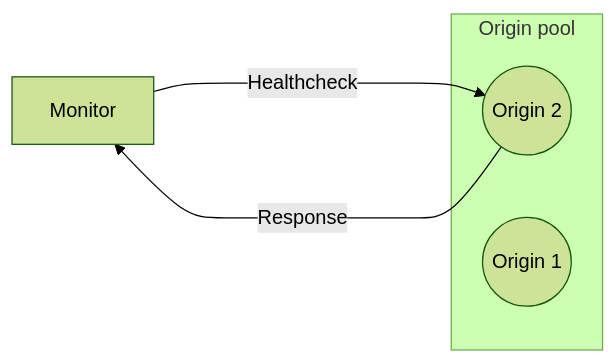
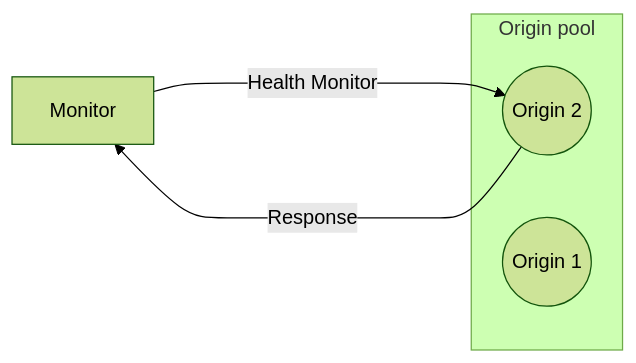
The diagram in content/load-balancing/_partials/_health-check-diagram.md (rdhanarot/cloudflare-docs), drawn with Mermaid (forest theme) before and after one commit. The commit also changed 27 other files, not shown here.

First line of the commit message:
[Load Balancing] Health Check > Health Monitor/Requests (#8984)

````diff
--- a/content/load-balancing/_partials/_health-check-diagram.md
+++ b/content/load-balancing/_partials/_health-check-diagram.md
@@ -8,11 +8,11 @@
 ```mermaid
     flowchart LR
       accTitle: Load balancing monitor flow
-      accDescr: Monitors issue health checks, which validate the current status of servers within each origin pool.
-      Monitor -- Healthcheck ----> Origin2
+      accDescr: Monitors issue health monitor requests, which validate the current status of servers within each origin pool.
+      Monitor -- Health Monitor ----> Origin2
       Origin2 -- Response ----> Monitor
       subgraph Origin pool
       Origin1((Origin 1))
       Origin2((Origin 2))
       end
 ```
````
